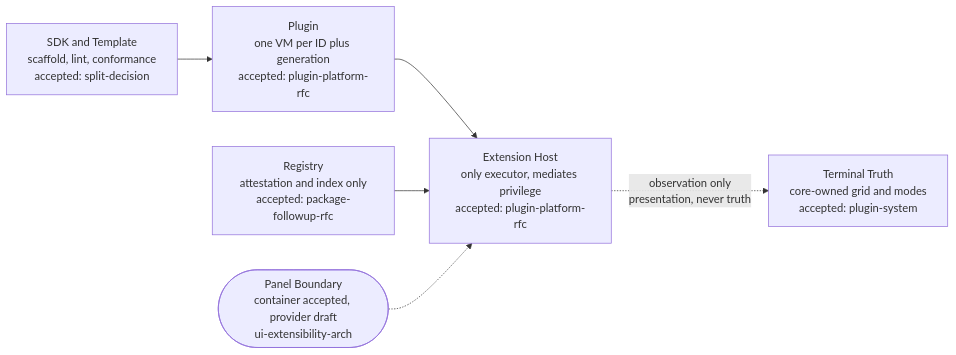
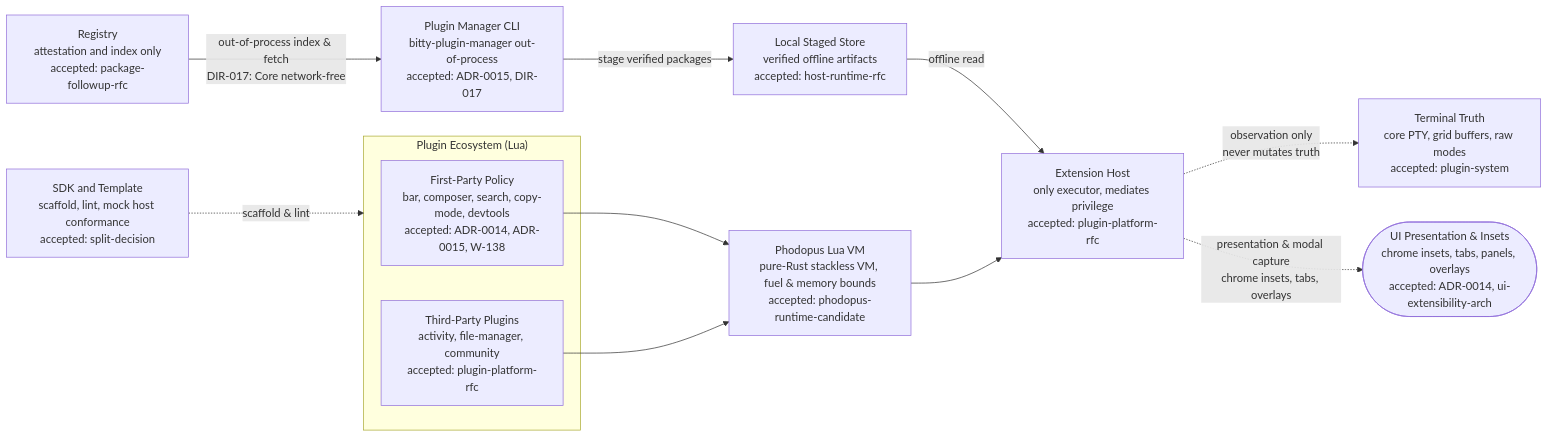
One commit to bitty-terminal/bitty-plugins-docs changed the diagram in architecture/diagrams/00-overview.mmd. Above: the diagram before and after it, drawn with Mermaid. The commit also changed 4 other files, not shown here.

First line of the commit message:
docs(architecture): update overview diagram and first-party plugin inventory for Small-Core alignment (#140)

```diff
--- a/architecture/diagrams/00-overview.mmd
+++ b/architecture/diagrams/00-overview.mmd
@@ -1,6 +1,31 @@
 flowchart LR
-  PLUGIN["Plugin<br/>one VM per ID plus generation<br/>accepted: plugin-platform-rfc"] --> HOST["Extension Host<br/>only executor, mediates privilege<br/>accepted: plugin-platform-rfc"]
-  HOST -.->|"observation only<br/>presentation, never truth"| TRUTH["Terminal Truth<br/>core-owned grid and modes<br/>accepted: plugin-system"]
-  REG["Registry<br/>attestation and index only<br/>accepted: package-followup-rfc"] --> HOST
-  SDK["SDK and Template<br/>scaffold, lint, conformance<br/>accepted: split-decision"] --> PLUGIN
-  PANEL(["Panel Boundary<br/>container accepted, provider draft<br/>ui-extensibility-arch"]) -.-> HOST
+  subgraph PLUGINS ["Plugin Ecosystem (Lua)"]
+    FP["First-Party Policy<br/>bar, composer, search, copy-mode, devtools<br/>accepted: ADR-0014, ADR-0015, W-138"]
+    TP["Third-Party Plugins<br/>activity, file-manager, community<br/>accepted: plugin-platform-rfc"]
+  end
+
+  VM["Phodopus Lua VM<br/>pure-Rust stackless VM, fuel & memory bounds<br/>accepted: phodopus-runtime-candidate"]
+
+  HOST["Extension Host<br/>only executor, mediates privilege<br/>accepted: plugin-platform-rfc"]
+
+  MGR["Plugin Manager CLI<br/>bitty-plugin-manager out-of-process<br/>accepted: ADR-0015, DIR-017"]
+  REG["Registry<br/>attestation and index only<br/>accepted: package-followup-rfc"]
+  STORE["Local Staged Store<br/>verified offline artifacts<br/>accepted: host-runtime-rfc"]
+
+  TRUTH["Terminal Truth<br/>core PTY, grid buffers, raw modes<br/>accepted: plugin-system"]
+  SURFACE(["UI Presentation & Insets<br/>chrome insets, tabs, panels, overlays<br/>accepted: ADR-0014, ui-extensibility-arch"])
+
+  SDK["SDK and Template<br/>scaffold, lint, mock host conformance<br/>accepted: split-decision"]
+
+  REG -->|"out-of-process index & fetch<br/>DIR-017: Core network-free"| MGR
+  MGR -->|"stage verified packages"| STORE
+  STORE -->|"offline read"| HOST
+
+  FP --> VM
+  TP --> VM
+  VM --> HOST
+
+  SDK -.->|"scaffold & lint"| PLUGINS
+
+  HOST -.->|"observation only<br/>never mutates truth"| TRUTH
+  HOST -.->|"presentation & modal capture<br/>chrome insets, tabs, overlays"| SURFACE
```
